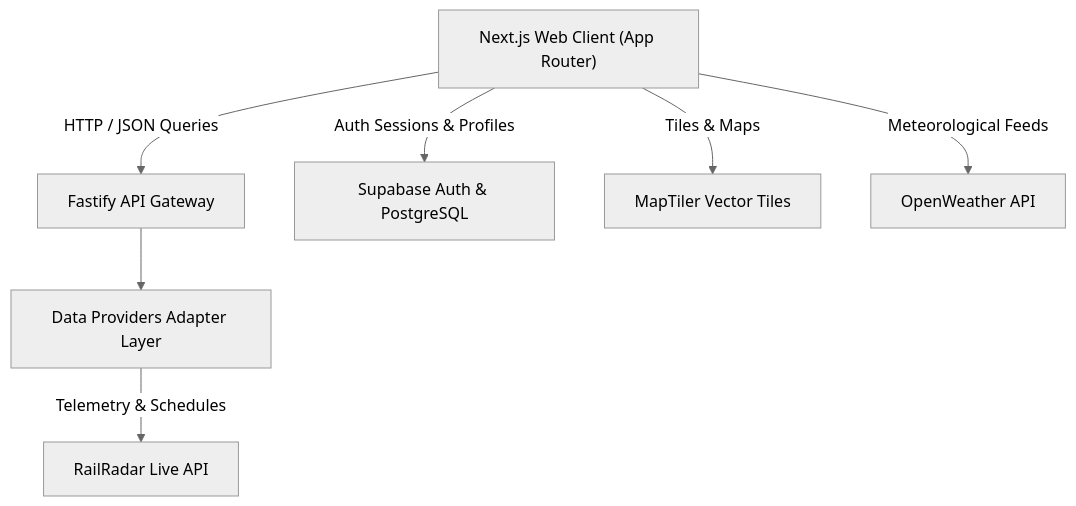
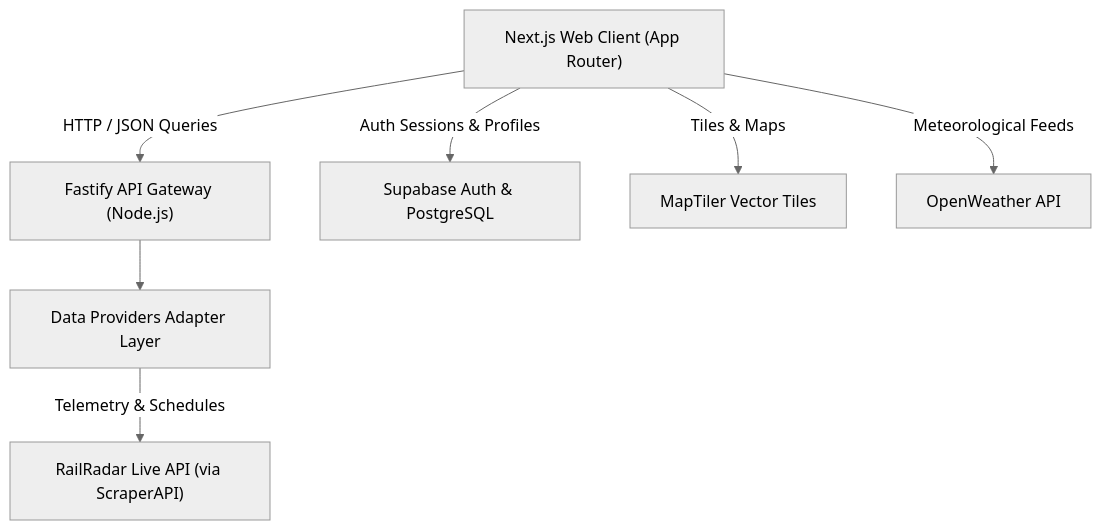
One commit to Sujalkan07/Exprest changed the diagram in README.md. Above: the diagram before and after it, drawn with Mermaid (neutral theme). The commit also changed other lines of this file, not shown here.

````diff
--- a/README.md
+++ b/README.md
@@ -63,17 +53,17 @@
 ```mermaid
 graph TD
     Client["Next.js Web Client (App Router)"]
-    API["Fastify API Gateway"]
+    API["Fastify API Gateway (Node.js)"]
     Providers["Data Providers Adapter Layer"]
     Supabase["Supabase Auth & PostgreSQL"]
-    RailRadar["RailRadar Live API"]
+    RailRadar["RailRadar Live API (via ScraperAPI)"]
     MapTiler["MapTiler Vector Tiles"]
     OpenWeather["OpenWeather API"]
 
     Client -->|HTTP / JSON Queries| API
     Client -->|Auth Sessions & Profiles| Supabase
     API --> Providers
     Providers -->|Telemetry & Schedules| RailRadar
     Client -->|Tiles & Maps| MapTiler
     Client -->|Meteorological Feeds| OpenWeather
 ```
````
